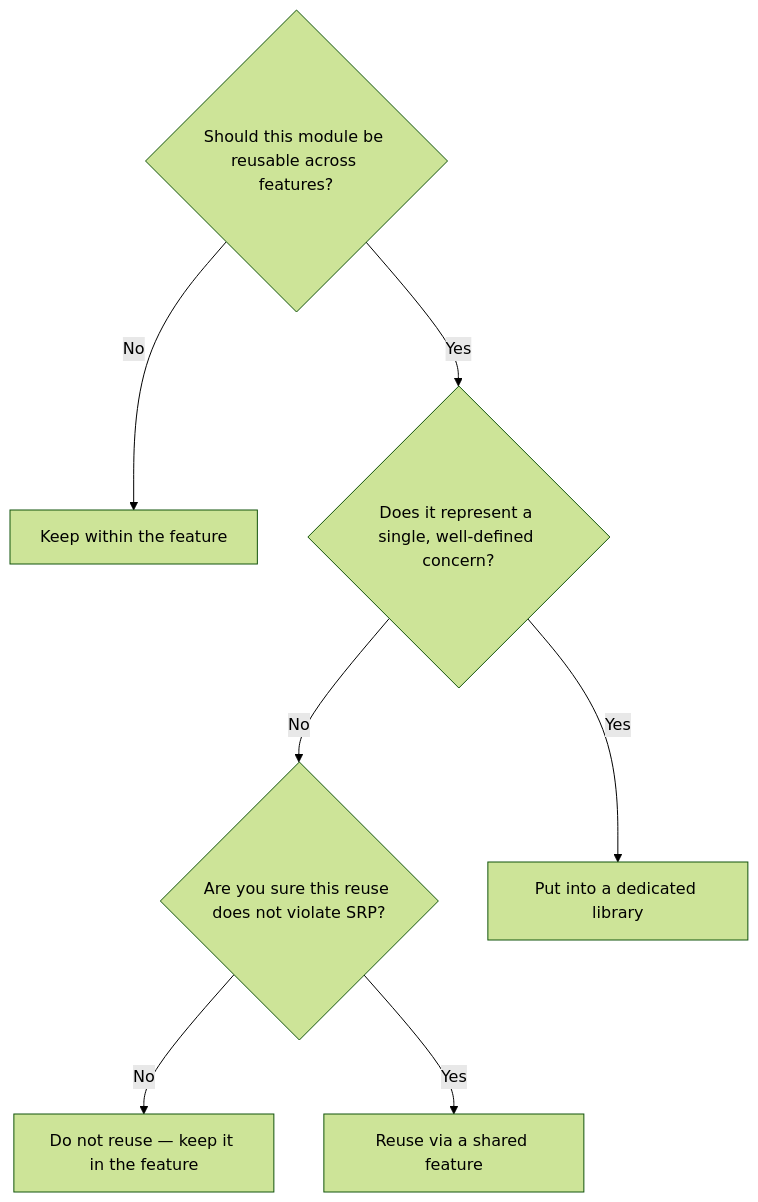
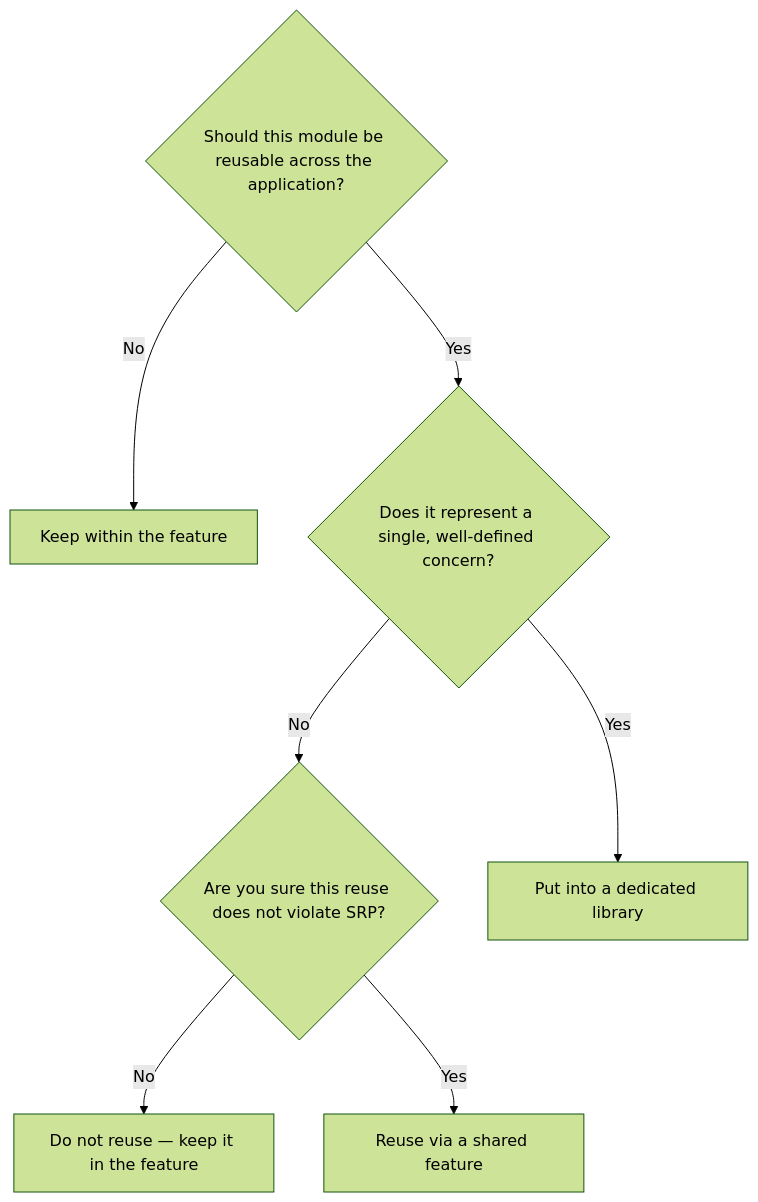
One commit to Vladyslav-Murashchenko/feature-garden changed the fourth of 4 diagrams in docs/engineering-guide.md. Above: the diagram before and after it, drawn with Mermaid (forest theme).

Commit message:
Update module reusability question in engineering guide

````diff
--- a/docs/engineering-guide.md
+++ b/docs/engineering-guide.md
@@ -366,13 +366,13 @@
 ```mermaid
 graph TD
-    A{Should this module be reusable across features?}
+    A{Should this module be reusable across the application?}
 
     A -->|No| B[Keep within the feature]
     A -->|Yes| C{Does it represent a single, well-defined concern?}
 
     C -->|No| E{Are you sure this reuse does not violate SRP?}
     C -->|Yes| D[Put into a dedicated library]
 
     E -->|No| F[Do not reuse — keep it in the feature]
     E -->|Yes| G[Reuse via a shared feature]
 ```
````
